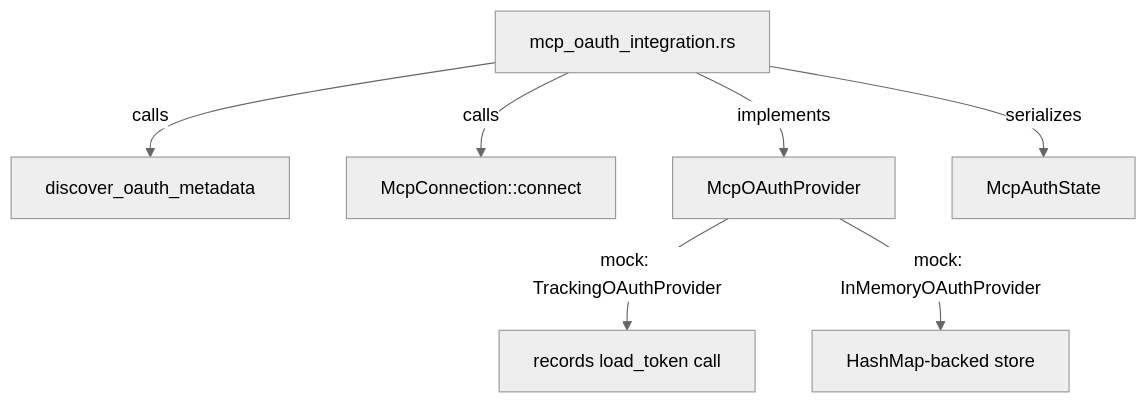
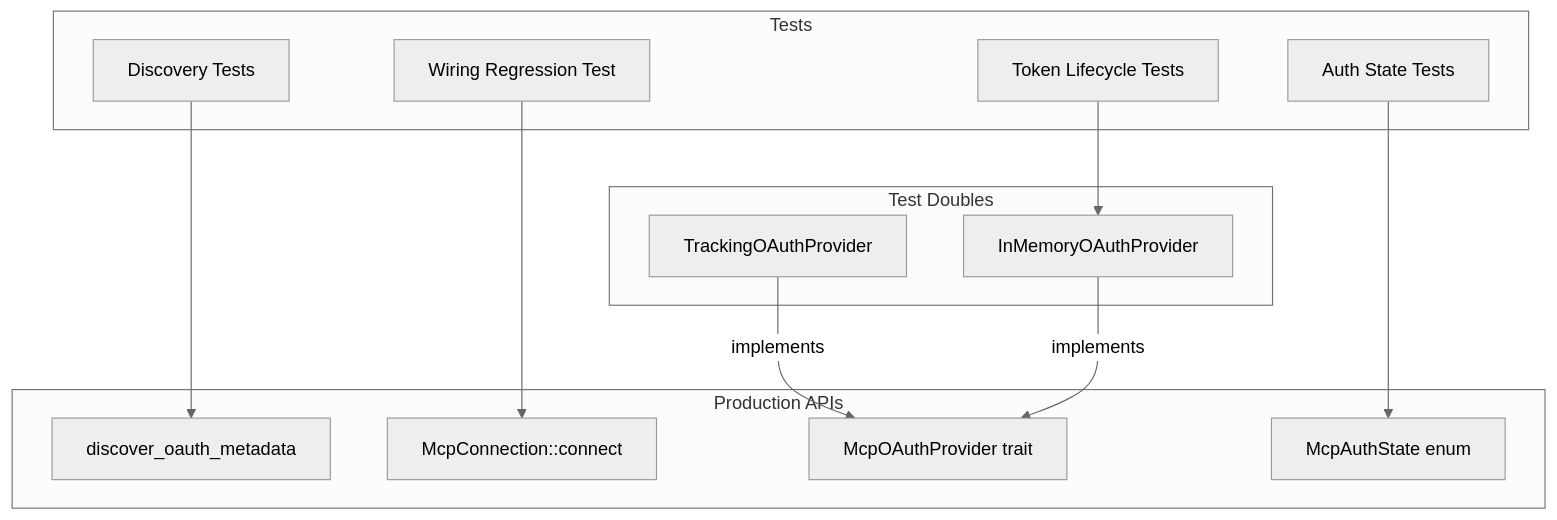
The diagram in other-librefang-runtime-tests.md (leszek3737/librefang-WIki), drawn with Mermaid (neutral theme) before and after one commit. The commit also changed other lines of this file and 98 other files, not shown here.

````diff
--- a/other-librefang-runtime-tests.md
+++ b/other-librefang-runtime-tests.md
@@ -18,9 +22,28 @@
 ```mermaid
 graph TD
-    A[mcp_oauth_integration.rs] -->|calls| B[discover_oauth_metadata]
-    A -->|calls| C[McpConnection::connect]
-    A -->|implements| D[McpOAuthProvider]
-    D -->|mock: TrackingOAuthProvider| E[records load_token call]
-    D -->|mock: InMemoryOAuthProvider| F[HashMap-backed store]
-    A -->|serializes| G[McpAuthState]
+    subgraph Tests
+        A[Discovery Tests]
+        B[Wiring Regression Test]
+        C[Token Lifecycle Tests]
+        D[Auth State Tests]
+    end
+
+    subgraph Production APIs
+        E[discover_oauth_metadata]
+        F[McpConnection::connect]
+        G[McpOAuthProvider trait]
+        H[McpAuthState enum]
+    end
+
+    subgraph Test Doubles
+        I[TrackingOAuthProvider]
+        J[InMemoryOAuthProvider]
+    end
+
+    A --> E
+    B --> F
+    I -- implements --> G
+    J -- implements --> G
+    C --> J
+    D --> H
 ```
````
